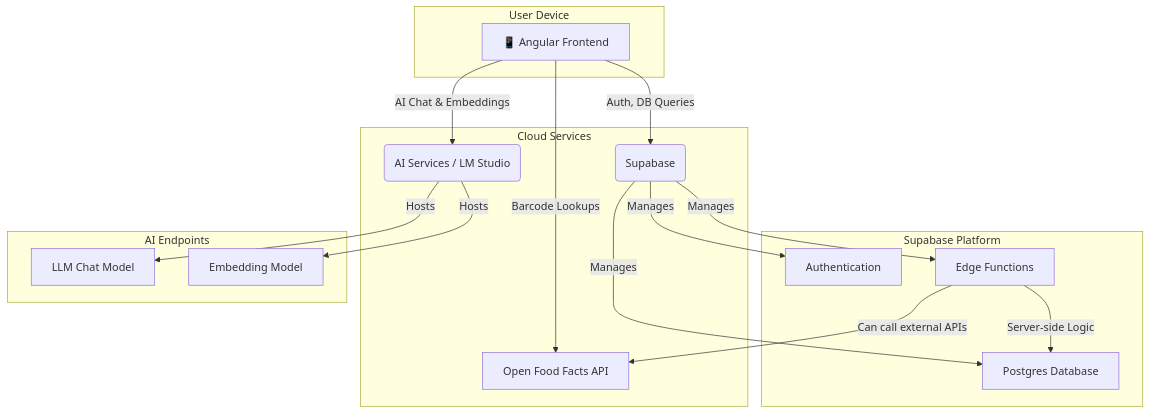
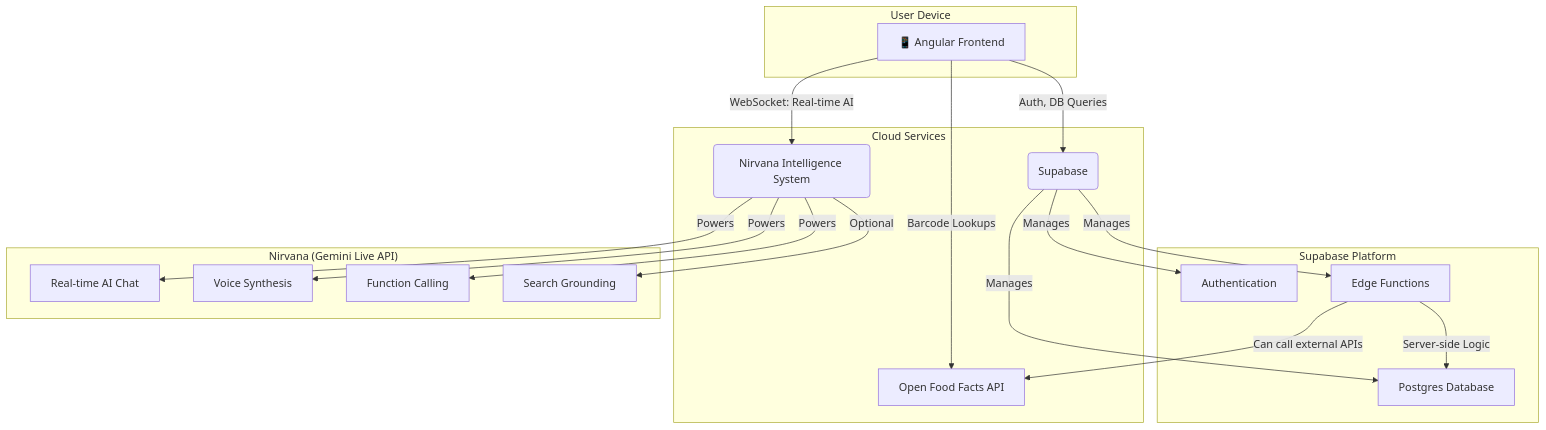
One commit to chainchopper/FATBOY changed the diagram in README.md. Above: the diagram before and after it, drawn with Mermaid. The commit also changed other lines of this file and 3 other files, not shown here.

Commit message:
Update documentation for Nirvana intelligence system

````diff
--- a/README.md
+++ b/README.md
@@ -67,37 +70,41 @@
 ```mermaid
 graph TD
     subgraph "User Device"
         A[📱 Angular Frontend]
     end
 
     subgraph "Cloud Services"
         B(Supabase)
-        C(AI Services / LM Studio)
+        C(Nirvana Intelligence System)
         D[Open Food Facts API]
     end
 
     subgraph "Supabase Platform"
         B1[Authentication]
         B2[Postgres Database]
         B3[Edge Functions]
     end
 
-    subgraph "AI Endpoints"
-        C1[LLM Chat Model]
-        C2[Embedding Model]
+    subgraph "Nirvana (Gemini Live API)"
+        C1[Real-time AI Chat]
+        C2[Voice Synthesis]
+        C3[Function Calling]
+        C4[Search Grounding]
     end
 
     A -- "Auth, DB Queries" --> B
-    A -- "AI Chat & Embeddings" --> C
+    A -- "WebSocket: Real-time AI" --> C
     A -- "Barcode Lookups" --> D
     
     B -- Manages --> B1
     B -- Manages --> B2
     B -- Manages --> B3
 
     B3 -- "Server-side Logic" --> B2
     B3 -- "Can call external APIs" --> D
 
-    C -- Hosts --> C1
-    C -- Hosts --> C2
+    C -- Powers --> C1
+    C -- Powers --> C2
+    C -- Powers --> C3
+    C -- Optional --> C4
 ```
````
